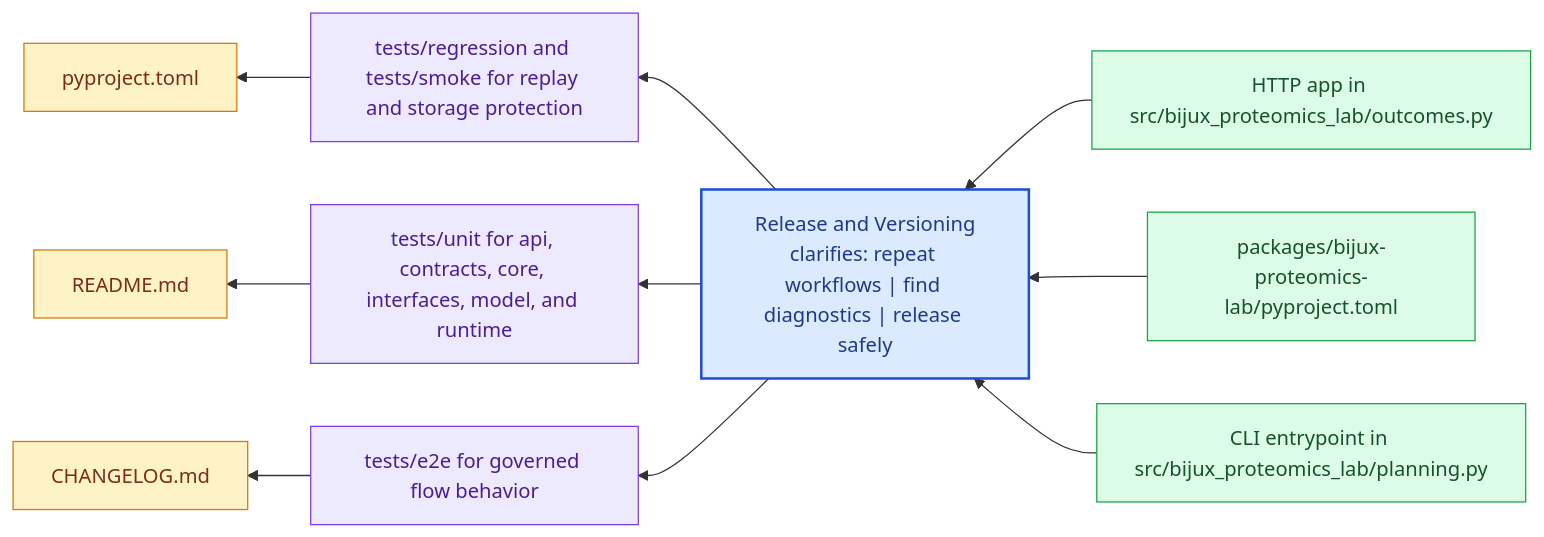
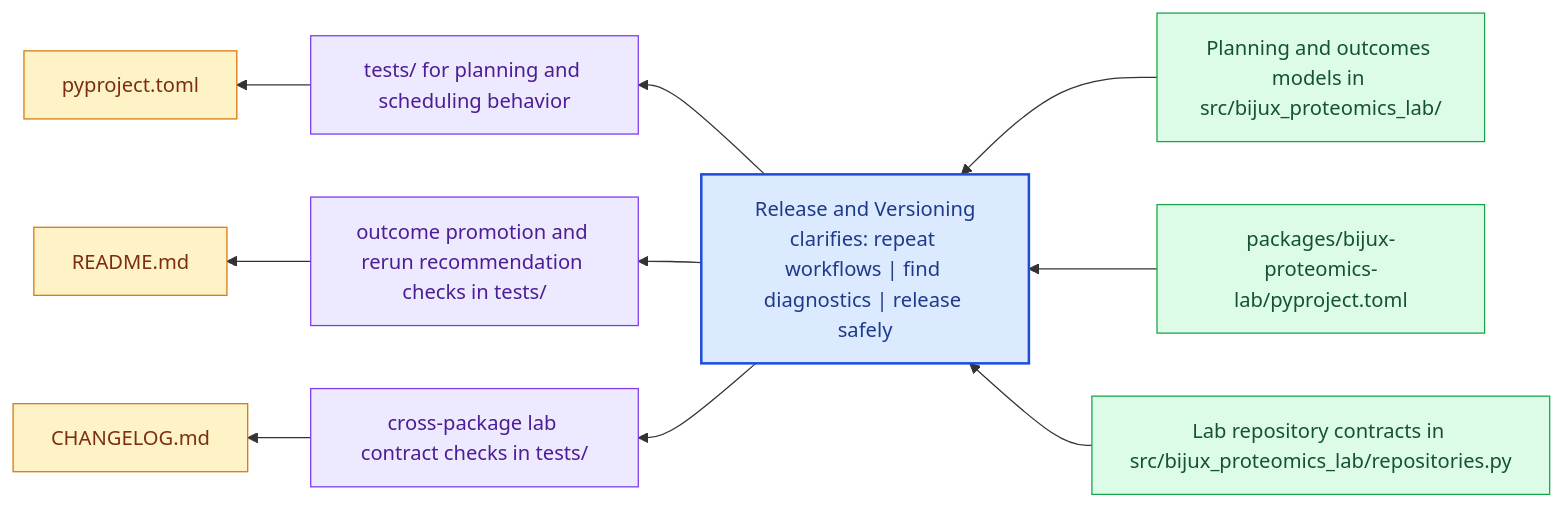
Before and after one commit to bijux/bijux-proteomics: the diagram in docs/bijux-proteomics-lab/operations/release-and-versioning.md, drawn with Mermaid. The commit also changed other lines of this file, not shown here.

Commit message:
docs(lab): replace placeholder release claims with package-real anchors

````diff
--- a/docs/bijux-proteomics-lab/operations/release-and-versioning.md
+++ b/docs/bijux-proteomics-lab/operations/release-and-versioning.md
@@ -23,31 +23,31 @@
 ```mermaid
 flowchart RL
     page["Release and Versioning<br/>clarifies: repeat workflows | find diagnostics | release safely"]
     classDef page fill:#dbeafe,stroke:#1d4ed8,color:#1e3a8a,stroke-width:2px;
     classDef positive fill:#dcfce7,stroke:#16a34a,color:#14532d;
     classDef caution fill:#fee2e2,stroke:#dc2626,color:#7f1d1d;
     classDef anchor fill:#ede9fe,stroke:#7c3aed,color:#4c1d95;
     classDef action fill:#fef3c7,stroke:#d97706,color:#7c2d12;
-    step1["HTTP app in src/bijux_proteomics_lab/outcomes.py"]
+    step1["Planning and outcomes models in src/bijux_proteomics_lab/"]
     step1 --> page
     step2["packages/bijux-proteomics-lab/pyproject.toml"]
     step2 --> page
-    step3["CLI entrypoint in src/bijux_proteomics_lab/planning.py"]
+    step3["Lab repository contracts in src/bijux_proteomics_lab/repositories.py"]
     step3 --> page
-    run1["tests/regression and tests/smoke for replay and storage protection"]
+    run1["tests/ for planning and scheduling behavior"]
     page --> run1
-    run2["tests/unit for api, contracts, core, interfaces, model, and runtime"]
+    run2["outcome promotion and rerun recommendation checks in tests/"]
     page --> run2
-    run3["tests/e2e for governed flow behavior"]
+    run3["cross-package lab contract checks in tests/"]
     page --> run3
     release1["pyproject.toml"]
     run1 --> release1
     release2["README.md"]
     run2 --> release2
     release3["CHANGELOG.md"]
     run3 --> release3
     class page page;
     class step1,step2,step3 positive;
     class run1,run2,run3 anchor;
     class release1,release2,release3 action;
 ```
````
